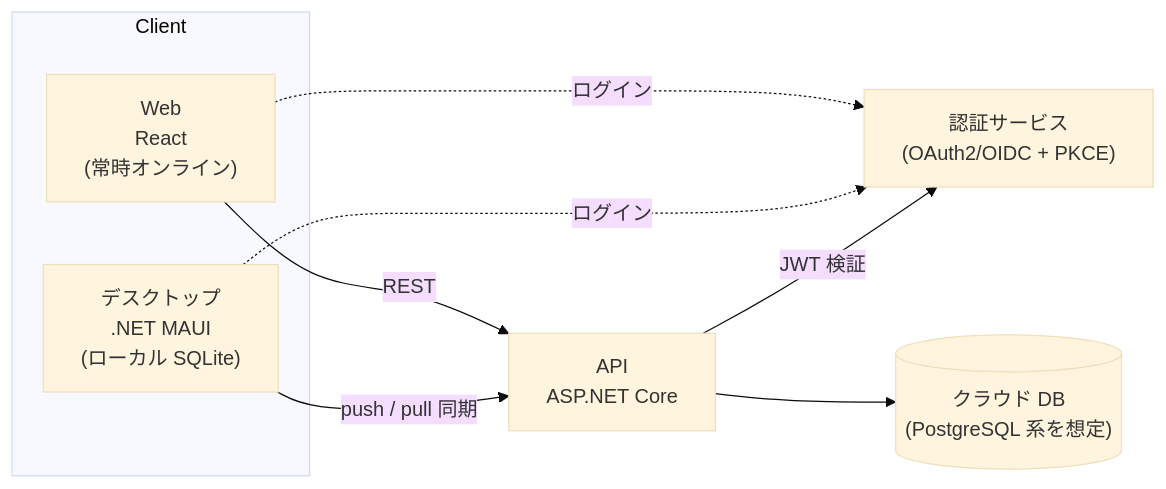
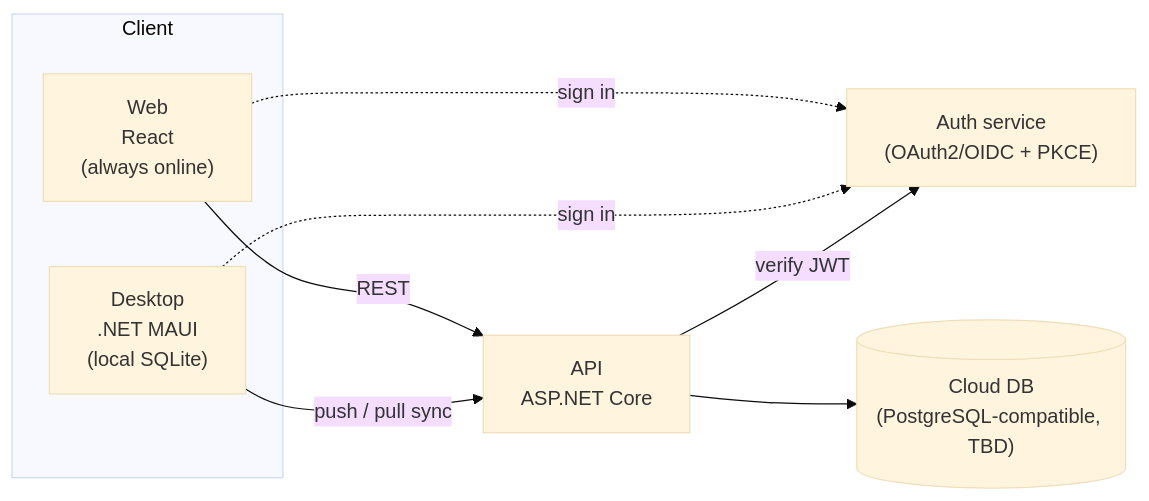
Before and after one commit to redamoon/kakeibo: the first of 3 diagrams in docs/architecture.md, drawn with Mermaid (base theme). The commit also changed other lines of this file and 5 other files, not shown here.

````diff
--- a/docs/architecture.md
+++ b/docs/architecture.md
@@ -15,17 +17,17 @@
 ```mermaid
 flowchart LR
     subgraph Client
-        Web["Web<br/>React<br/>(常時オンライン)"]
-        Desktop["デスクトップ<br/>.NET MAUI<br/>(ローカル SQLite)"]
+        Web["Web<br/>React<br/>(always online)"]
+        Desktop["Desktop<br/>.NET MAUI<br/>(local SQLite)"]
     end
-    Auth["認証サービス<br/>(OAuth2/OIDC + PKCE)"]
+    Auth["Auth service<br/>(OAuth2/OIDC + PKCE)"]
     API["API<br/>ASP.NET Core"]
-    DB[("クラウド DB<br/>(PostgreSQL 系を想定)")]
+    DB[("Cloud DB<br/>(PostgreSQL-compatible, TBD)")]
 
     Web -- "REST" --> API
-    Desktop -- "push / pull 同期" --> API
-    Web -. "ログイン" .-> Auth
-    Desktop -. "ログイン" .-> Auth
-    API -- "JWT 検証" --> Auth
+    Desktop -- "push / pull sync" --> API
+    Web -. "sign in" .-> Auth
+    Desktop -. "sign in" .-> Auth
+    API -- "verify JWT" --> Auth
     API --> DB
 ```
````
